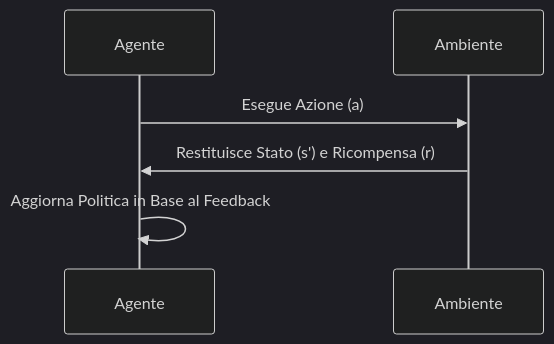
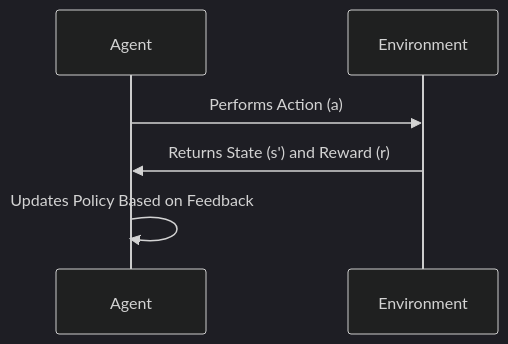
Before and after one commit to gnovelli/trading: the diagram in reinforcement_learning.md, drawn with Mermaid (dark theme). The commit also changed other lines of this file, not shown here.

````diff
--- a/reinforcement_learning.md
+++ b/reinforcement_learning.md
@@ -42,9 +41,9 @@
 ```mermaid
 sequenceDiagram
-    participant Agente as Agente
-    participant Ambiente as Ambiente
+    participant Agent as Agent
+    participant Environment as Environment
 
-    Agente ->> Ambiente: Esegue Azione (a)
-    Ambiente ->> Agente: Restituisce Stato (s') e Ricompensa (r)
-    Agente ->> Agente: Aggiorna Politica in Base al Feedback
+    Agent ->> Environment: Performs Action (a)
+    Environment ->> Agent: Returns State (s') and Reward (r)
+    Agent ->> Agent: Updates Policy Based on Feedback
 ```
````
